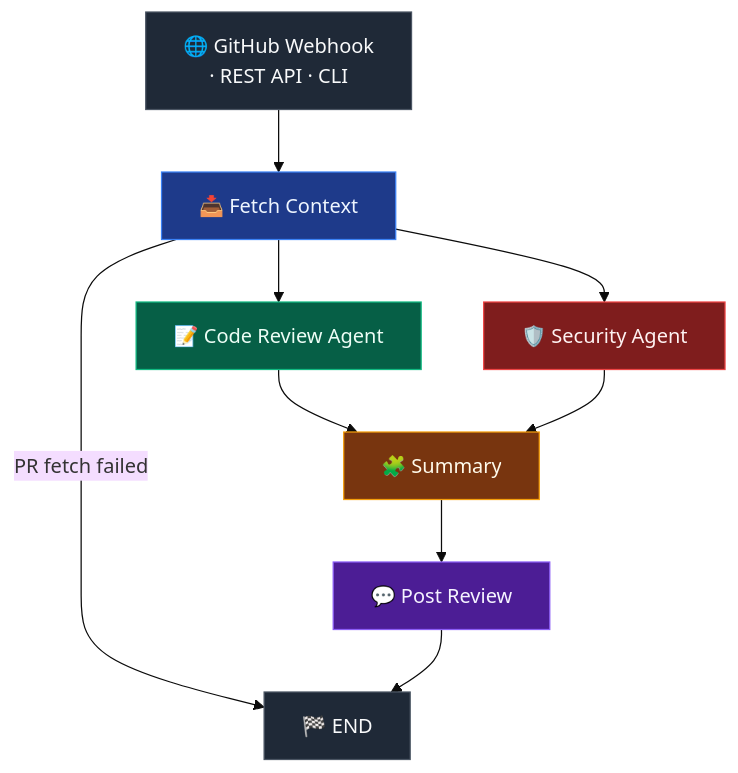
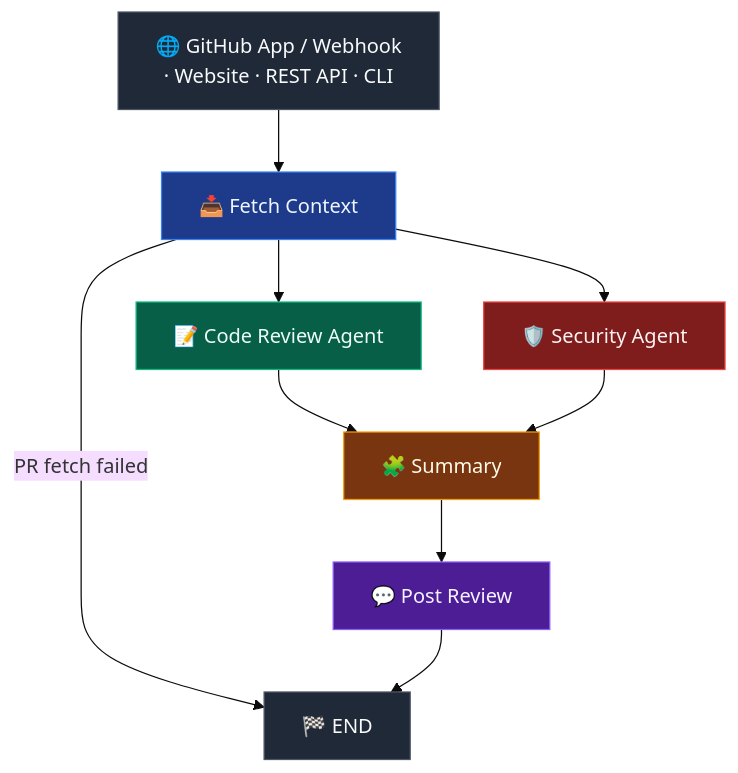
One commit to Tharun0127/CodeInspectorAI changed the diagram in README.MD. Above: the diagram before and after it, drawn with Mermaid (base theme). The commit also changed other lines of this file and 1 other file, not shown here.

First line of the commit message:
Update README for the website, dashboard and GitHub App

````diff
--- a/README.MD
+++ b/README.MD
@@ -56,19 +63,19 @@
 ```mermaid
 flowchart TD
-    A["🌐 GitHub Webhook<br/>· REST API · CLI"] --> B["📥 Fetch Context"]
+    A["🌐 GitHub App / Webhook<br/>· Website · REST API · CLI"] --> B["📥 Fetch Context"]
     B -->|"PR fetch failed"| Z["🏁 END"]
     B --> C["📝 Code Review Agent"]
     B --> D["🛡️ Security Agent"]
     C --> E["🧩 Summary"]
     D --> E
     E --> F["💬 Post Review"]
     F --> Z
 
     style A fill:#1f2937,stroke:#4b5563,color:#f9fafb
     style B fill:#1e3a8a,stroke:#3b82f6,color:#eff6ff
     style C fill:#065f46,stroke:#10b981,color:#ecfdf5
     style D fill:#7f1d1d,stroke:#ef4444,color:#fef2f2
     style E fill:#78350f,stroke:#f59e0b,color:#fffbeb
     style F fill:#4c1d95,stroke:#8b5cf6,color:#f5f3ff
     style Z fill:#1f2937,stroke:#4b5563,color:#f9fafb
 ```
````
